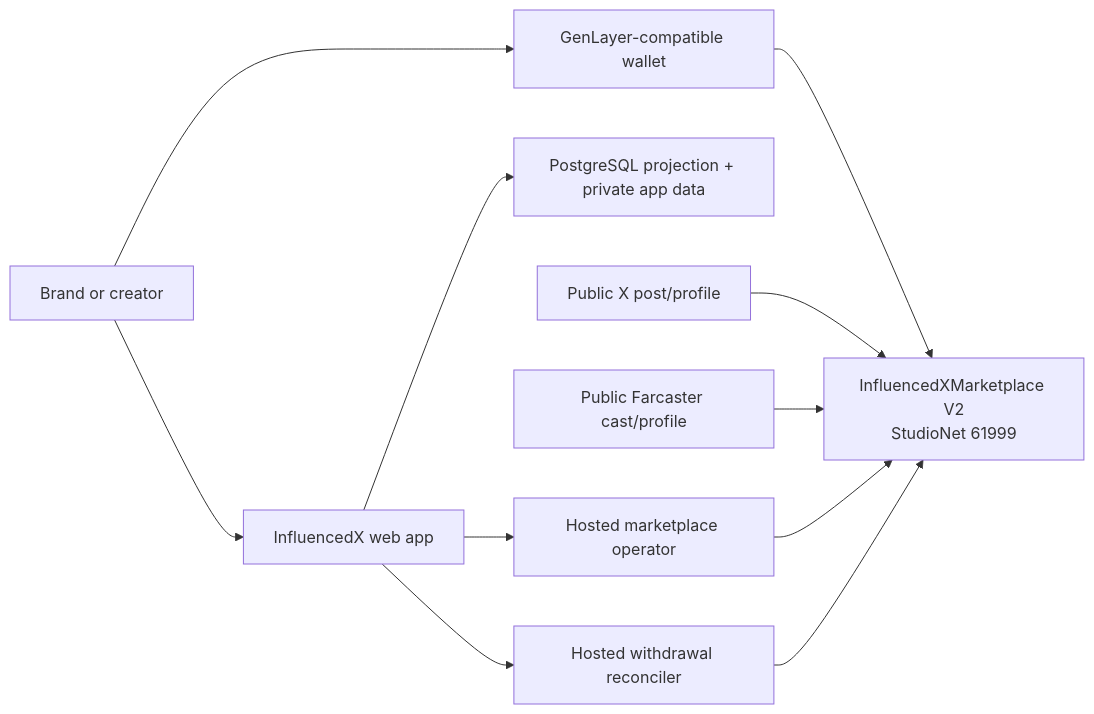
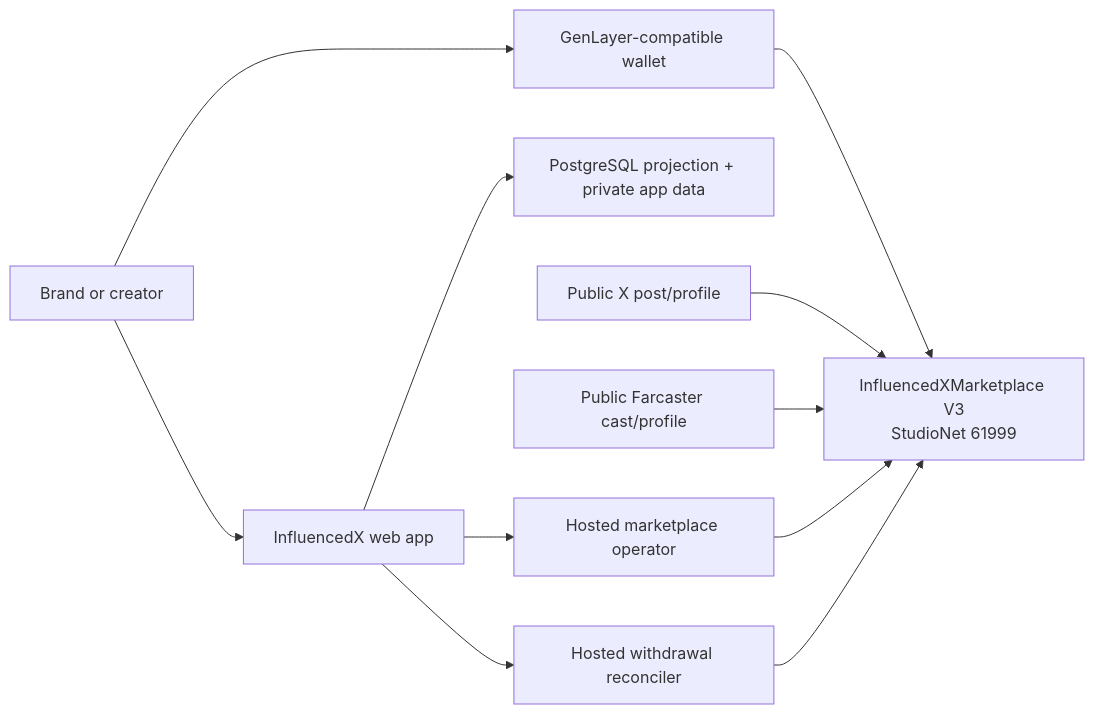
One commit to Leokings/InfluencedX changed the diagram in README.md. Above: the diagram before and after it, drawn with Mermaid. The commit also changed other lines of this file, not shown here.

````diff
--- a/README.md
+++ b/README.md
@@ -72,13 +69,13 @@
 ```mermaid
 flowchart LR
     U["Brand or creator"] --> APP["InfluencedX web app"]
     U --> WALLET["GenLayer-compatible wallet"]
     APP --> DB["PostgreSQL projection + private app data"]
-    WALLET --> GL["InfluencedXMarketplace V2<br/>StudioNet 61999"]
+    WALLET --> GL["InfluencedXMarketplace V3<br/>StudioNet 61999"]
     X["Public X post/profile"] --> GL
     F["Public Farcaster cast/profile"] --> GL
     APP --> OP["Hosted marketplace operator"]
     OP --> GL
     APP --> WR["Hosted withdrawal reconciler"]
     WR --> GL
 ```
````
